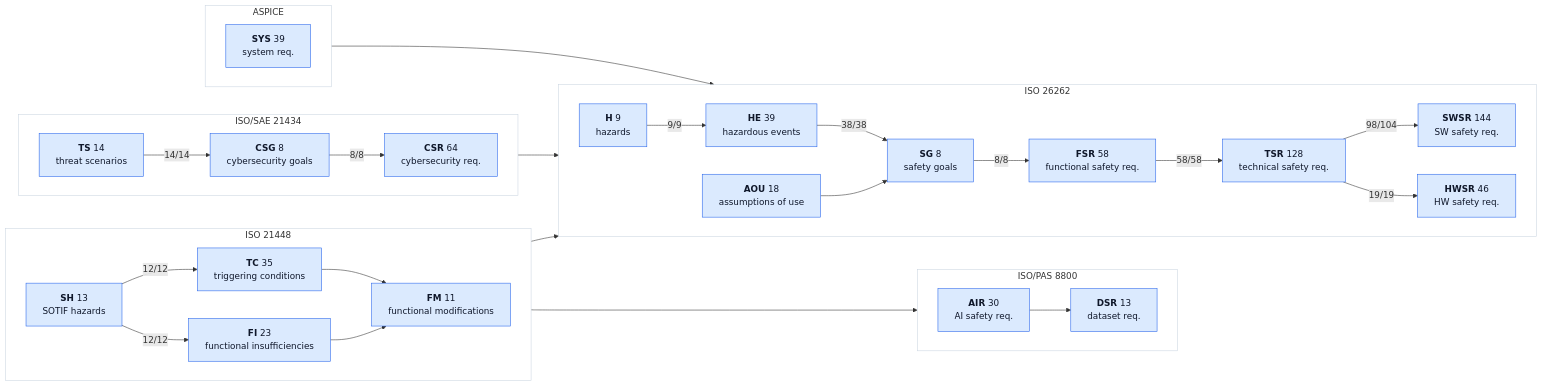
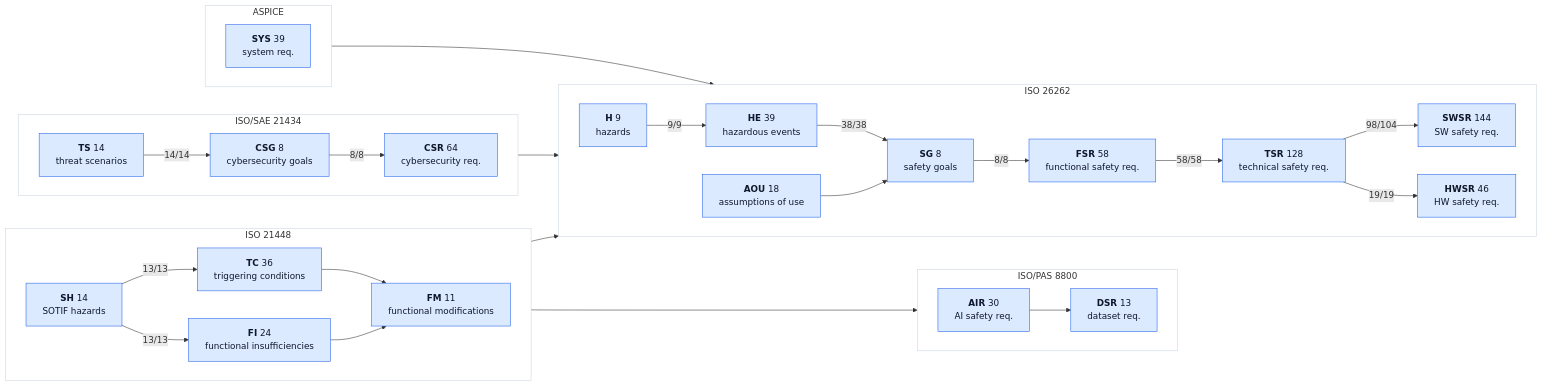
The second of 2 diagrams in assurance/trace/maps/aspice-trace-map.md (jherrodthomas/LionDriver), drawn with Mermaid before and after one commit. The commit also changed other lines of this file and 36 other files, not shown here.

````diff
--- a/assurance/trace/maps/aspice-trace-map.md
+++ b/assurance/trace/maps/aspice-trace-map.md
@@ -188,61 +188,61 @@
 ```mermaid
 flowchart LR
   subgraph ISO26262["ISO 26262"]
     direction LR
     kH["<b>H</b> 9<br/>hazards"]:::traced
     kHE["<b>HE</b> 39<br/>hazardous events"]:::traced
     kSG["<b>SG</b> 8<br/>safety goals"]:::traced
     kFSR["<b>FSR</b> 58<br/>functional safety req."]:::traced
     kTSR["<b>TSR</b> 128<br/>technical safety req."]:::traced
     kSWSR["<b>SWSR</b> 144<br/>SW safety req."]:::traced
     kHWSR["<b>HWSR</b> 46<br/>HW safety req."]:::traced
     kAOU["<b>AOU</b> 18<br/>assumptions of use"]:::traced
   end
   style ISO26262 fill:#FFFFFF,stroke:#CBD5E1
   subgraph ISO21448["ISO 21448"]
     direction LR
-    kSH["<b>SH</b> 13<br/>SOTIF hazards"]:::traced
-    kTC["<b>TC</b> 35<br/>triggering conditions"]:::traced
-    kFI["<b>FI</b> 23<br/>functional insufficiencies"]:::traced
+    kSH["<b>SH</b> 14<br/>SOTIF hazards"]:::traced
+    kTC["<b>TC</b> 36<br/>triggering conditions"]:::traced
+    kFI["<b>FI</b> 24<br/>functional insufficiencies"]:::traced
     kFM["<b>FM</b> 11<br/>functional modifications"]:::traced
   end
   style ISO21448 fill:#FFFFFF,stroke:#CBD5E1
   subgraph ISOPAS8800["ISO/PAS 8800"]
     direction LR
     kAIR["<b>AIR</b> 30<br/>AI safety req."]:::traced
     kDSR["<b>DSR</b> 13<br/>dataset req."]:::traced
   end
   style ISOPAS8800 fill:#FFFFFF,stroke:#CBD5E1
   subgraph ISOSAE21434["ISO/SAE 21434"]
     direction LR
     kTS["<b>TS</b> 14<br/>threat scenarios"]:::traced
     kCSG["<b>CSG</b> 8<br/>cybersecurity goals"]:::traced
     kCSR["<b>CSR</b> 64<br/>cybersecurity req."]:::traced
   end
   style ISOSAE21434 fill:#FFFFFF,stroke:#CBD5E1
   subgraph ASPICE["ASPICE"]
     direction LR
     kSYS["<b>SYS</b> 39<br/>system req."]:::traced
   end
   style ASPICE fill:#FFFFFF,stroke:#CBD5E1
   kH -->|"9/9"| kHE
   kHE -->|"38/38"| kSG
   kSG -->|"8/8"| kFSR
   kFSR -->|"58/58"| kTSR
   kTSR -->|"98/104"| kSWSR
   kTSR -->|"19/19"| kHWSR
   kAOU --> kSG
-  kSH -->|"12/12"| kTC
-  kSH -->|"12/12"| kFI
+  kSH -->|"13/13"| kTC
+  kSH -->|"13/13"| kFI
   kTC --> kFM
   kFI --> kFM
   kSH --> kH
   kFI --> kAIR
   kAIR --> kDSR
   kTS -->|"14/14"| kCSG
   kCSG -->|"8/8"| kCSR
   kCSG --> kSG
   kSYS --> kTSR
   classDef traced fill:#DBEAFE,stroke:#2563EB,color:#0F172A
   classDef doc fill:#F1F5F9,stroke:#94A3B8,stroke-dasharray:4 3,color:#475569
 ```
````
